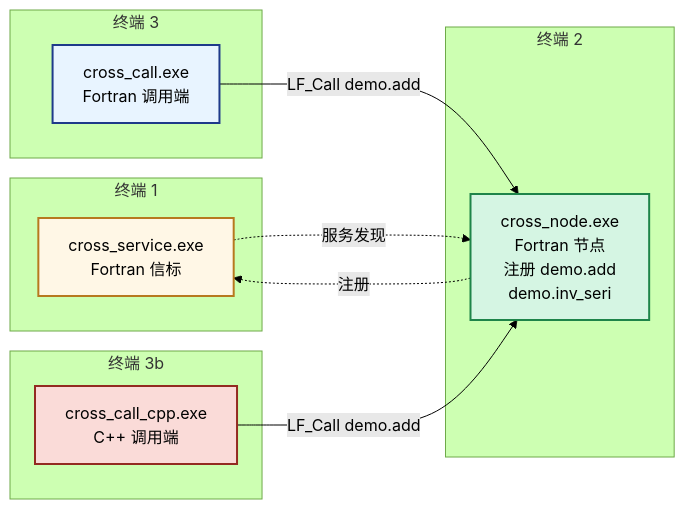
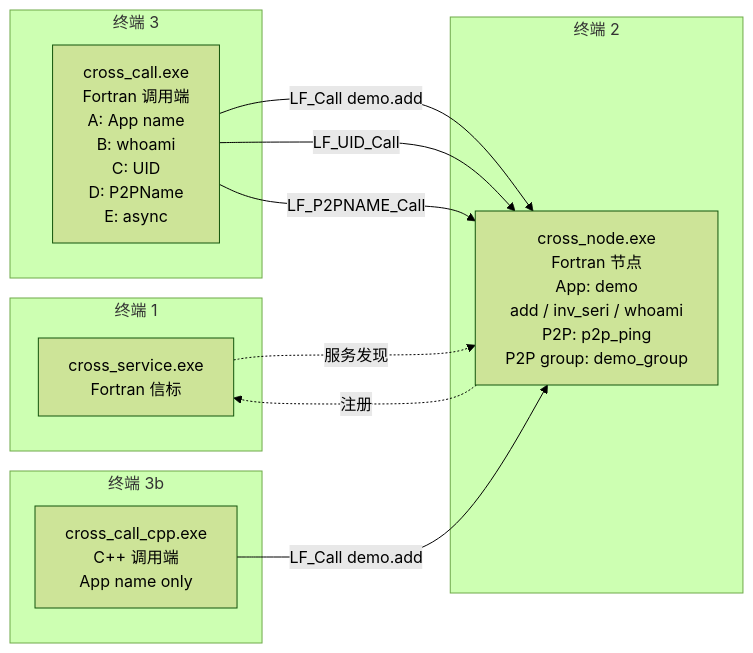
Diagram 17 of 19 in fortran/README.md (PassByYou888/LingoFuse), drawn with Mermaid (forest theme) before and after one commit. The commit also changed other lines of this file and 16 other files, not shown here.

````diff
--- a/fortran/README.md
+++ b/fortran/README.md
@@ -917,28 +1652,25 @@
 ```mermaid
 flowchart LR
     subgraph T1["终端 1"]
         SVC["cross_service.exe<br/>Fortran 信标"]
     end
 
     subgraph T2["终端 2"]
-        NODE["cross_node.exe<br/>Fortran 节点<br/>注册 demo.add<br/>demo.inv_seri"]
+        NODE["cross_node.exe<br/>Fortran 节点<br/>App: demo<br/>add / inv_seri / whoami<br/>P2P: p2p_ping<br/>P2P group: demo_group"]
     end
 
     subgraph T3["终端 3"]
-        FC["cross_call.exe<br/>Fortran 调用端"]
+        FC["cross_call.exe<br/>Fortran 调用端<br/>A: App name<br/>B: whoami<br/>C: UID<br/>D: P2PName<br/>E: async"]
     end
 
     subgraph T3b["终端 3b"]
-        CC["cross_call_cpp.exe<br/>C++ 调用端"]
+        CC["cross_call_cpp.exe<br/>C++ 调用端<br/>App name only"]
     end
 
     SVC -.->|"服务发现"| NODE
     NODE -.->|"注册"| SVC
     FC -->|"LF_Call demo.add"| NODE
+    FC -->|"LF_UID_Call"| NODE
+    FC -->|"LF_P2PNAME_Call"| NODE
     CC -->|"LF_Call demo.add"| NODE
-
-    style SVC fill:#FFF7E6,stroke:#B7791F,stroke-width:2px
-    style NODE fill:#D5F5E3,stroke:#1E8449,stroke-width:2px
-    style FC fill:#E8F4FF,stroke:#1E3A8A,stroke-width:2px
-    style CC fill:#FADBD8,stroke:#922B21,stroke-width:2px
 ```
````
